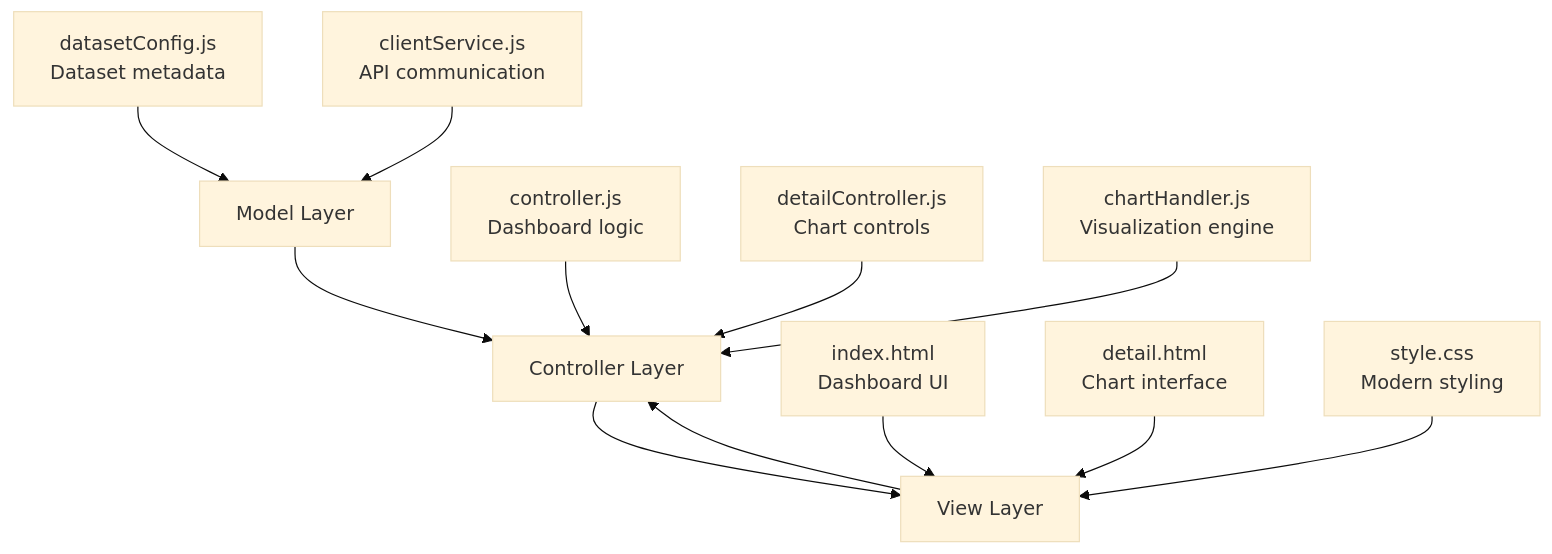
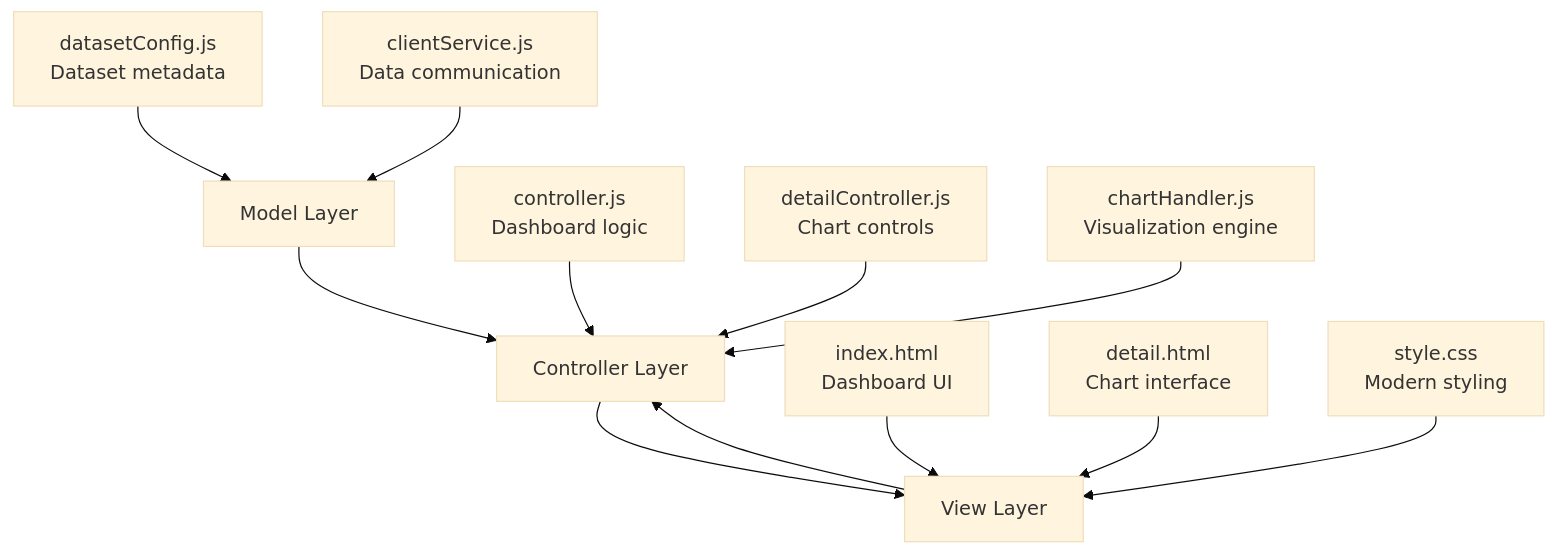
One commit to mridho24/Visualisasi-Data-Aceh changed the diagram in README.md. Above: the diagram before and after it, drawn with Mermaid (base theme). The commit also changed other lines of this file and 1 other file, not shown here.

````diff
--- a/README.md
+++ b/README.md
@@ -154,17 +127,17 @@
 ```mermaid
 graph TD
     A[Model Layer] --> B[Controller Layer]
     B --> C[View Layer]
     C --> B
-    
+
     A1[datasetConfig.js<br/>Dataset metadata] --> A
-    A2[clientService.js<br/>API communication] --> A
-    
+    A2[clientService.js<br/>Data communication] --> A
+
     B1[controller.js<br/>Dashboard logic] --> B
     B2[detailController.js<br/>Chart controls] --> B
     B3[chartHandler.js<br/>Visualization engine] --> B
-    
+
     C1[index.html<br/>Dashboard UI] --> C
     C2[detail.html<br/>Chart interface] --> C
     C3[style.css<br/>Modern styling] --> C
 ```
````
